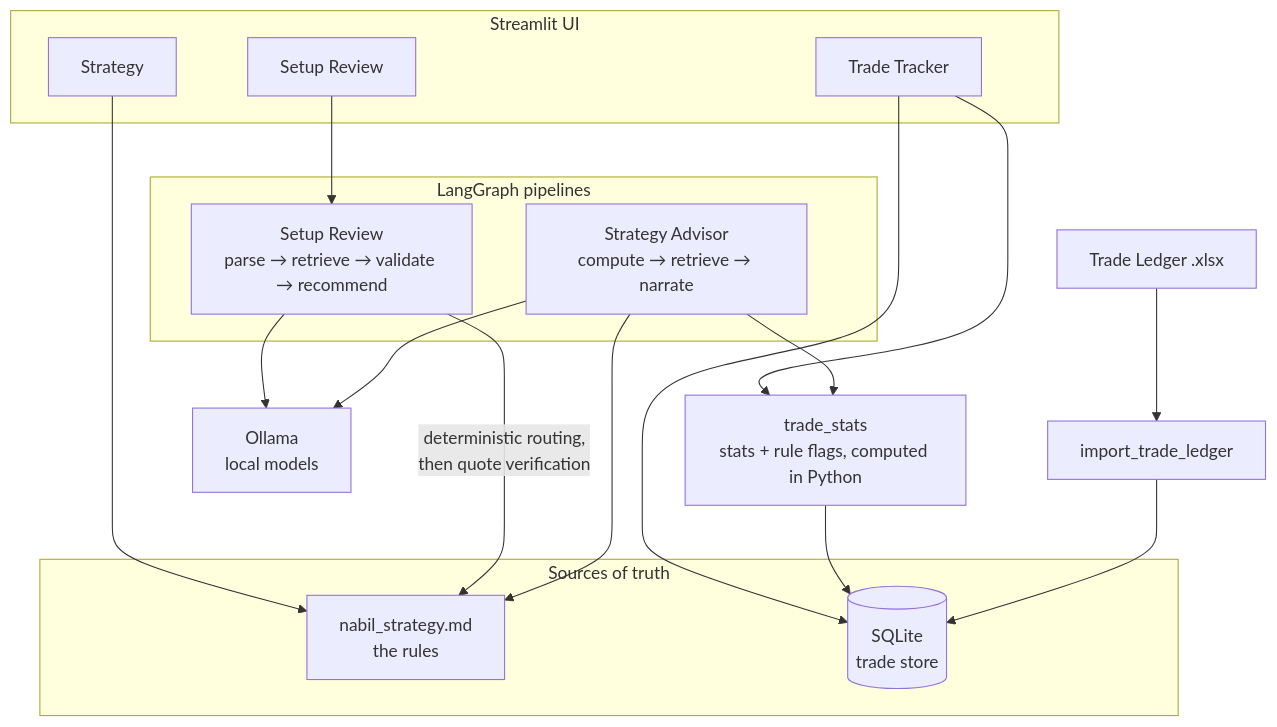
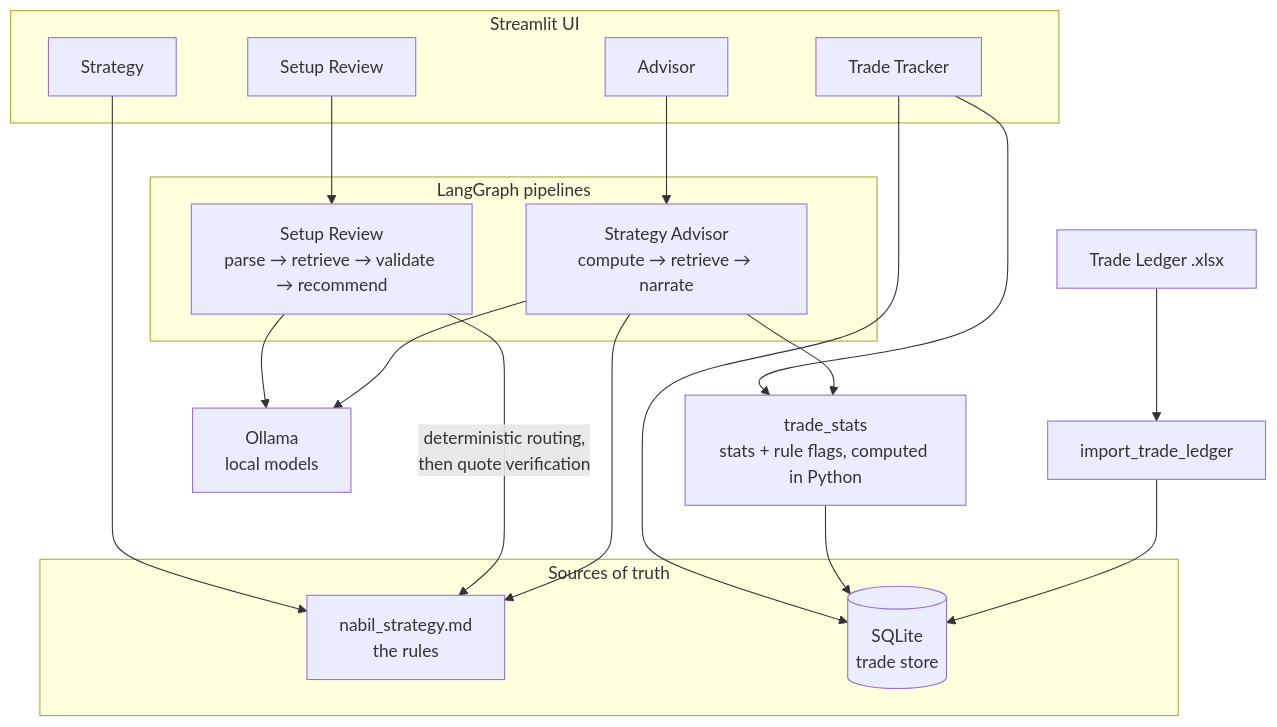
Before and after one commit to Walid-eng-cyber/confluence: the diagram in README.md, drawn with Mermaid. The commit also changed other lines of this file and 1 other file, not shown here.

````diff
--- a/README.md
+++ b/README.md
@@ -17,39 +17,41 @@
 ```mermaid
 flowchart TB
     subgraph UI["Streamlit UI"]
         R["Setup Review"]
         S["Strategy"]
         T["Trade Tracker"]
+        A["Advisor"]
     end
 
     subgraph GRAPHS["LangGraph pipelines"]
         SRG["Setup Review<br/>parse → retrieve → validate → recommend"]
         ADV["Strategy Advisor<br/>compute → retrieve → narrate"]
     end
 
     STATS["trade_stats<br/>stats + rule flags, computed in Python"]
 
     subgraph TRUTH["Sources of truth"]
         KB["nabil_strategy.md<br/>the rules"]
         DB[("SQLite<br/>trade store")]
     end
 
     LLM["Ollama<br/>local models"]
     XLSX["Trade Ledger .xlsx"]
 
     R --> SRG
     S --> KB
     T --> DB
     T --> STATS
+    A --> ADV
 
     SRG -->|"deterministic routing,<br/>then quote verification"| KB
     SRG --> LLM
 
     ADV --> STATS
     STATS --> DB
     ADV --> KB
     ADV --> LLM
 
     XLSX --> IMP["import_trade_ledger"]
     IMP --> DB
 ```
````
